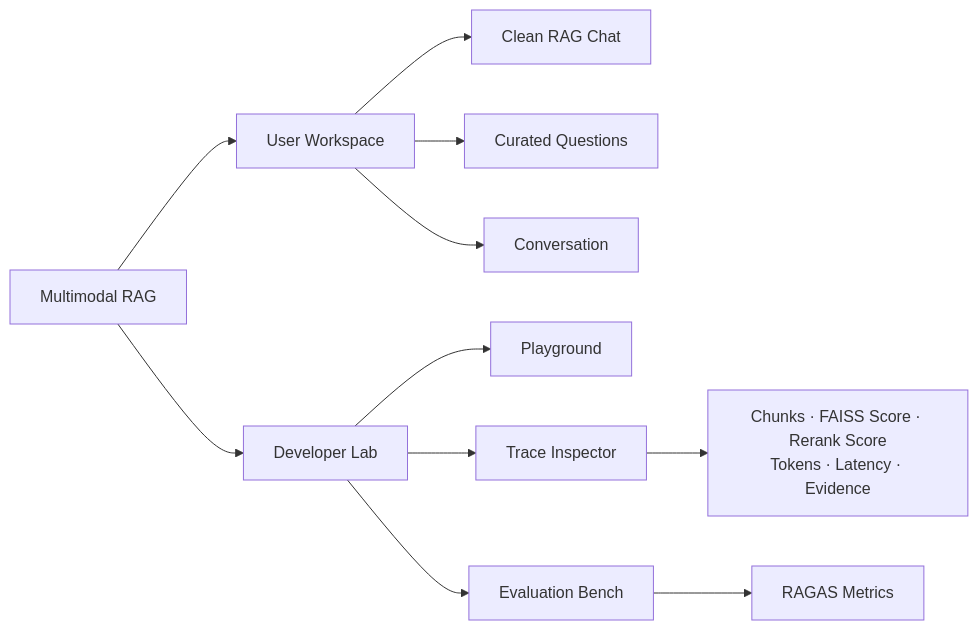
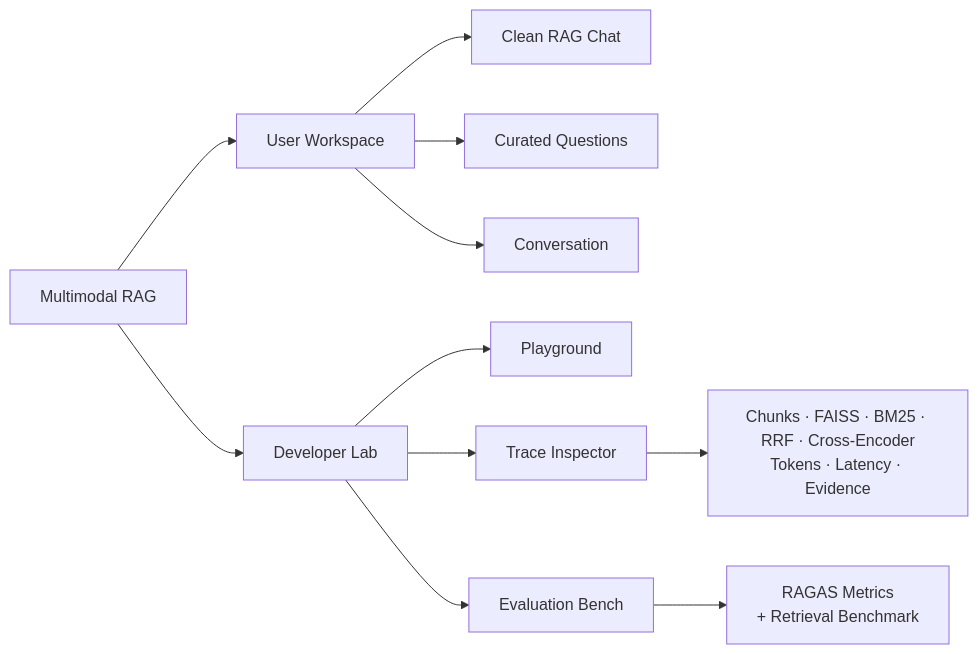
Before and after one commit to Cosmos-Krishna/multimodal-rag: the second of 5 diagrams in README.md, drawn with Mermaid. The commit also changed other lines of this file, not shown here.

First line of the commit message:
Update README with retrieval and evaluation details

````diff
--- a/README.md
+++ b/README.md
@@ -69,16 +85,16 @@
 ``` mermaid
 flowchart LR
     A["Multimodal RAG"] --> B["User Workspace"]
     A --> C["Developer Lab"]
 
     B --> B1["Clean RAG Chat"]
     B --> B2["Curated Questions"]
     B --> B3["Conversation"]
 
     C --> C1["Playground"]
     C --> C2["Trace Inspector"]
     C --> C3["Evaluation Bench"]
 
-    C2 --> D["Chunks · FAISS Score · Rerank Score<br/>Tokens · Latency · Evidence"]
-    C3 --> E["RAGAS Metrics"]
+    C2 --> D["Chunks · FAISS · BM25 · RRF · Cross-Encoder<br/>Tokens · Latency · Evidence"]
+    C3 --> E["RAGAS Metrics<br/>+ Retrieval Benchmark"]
 ```
````
